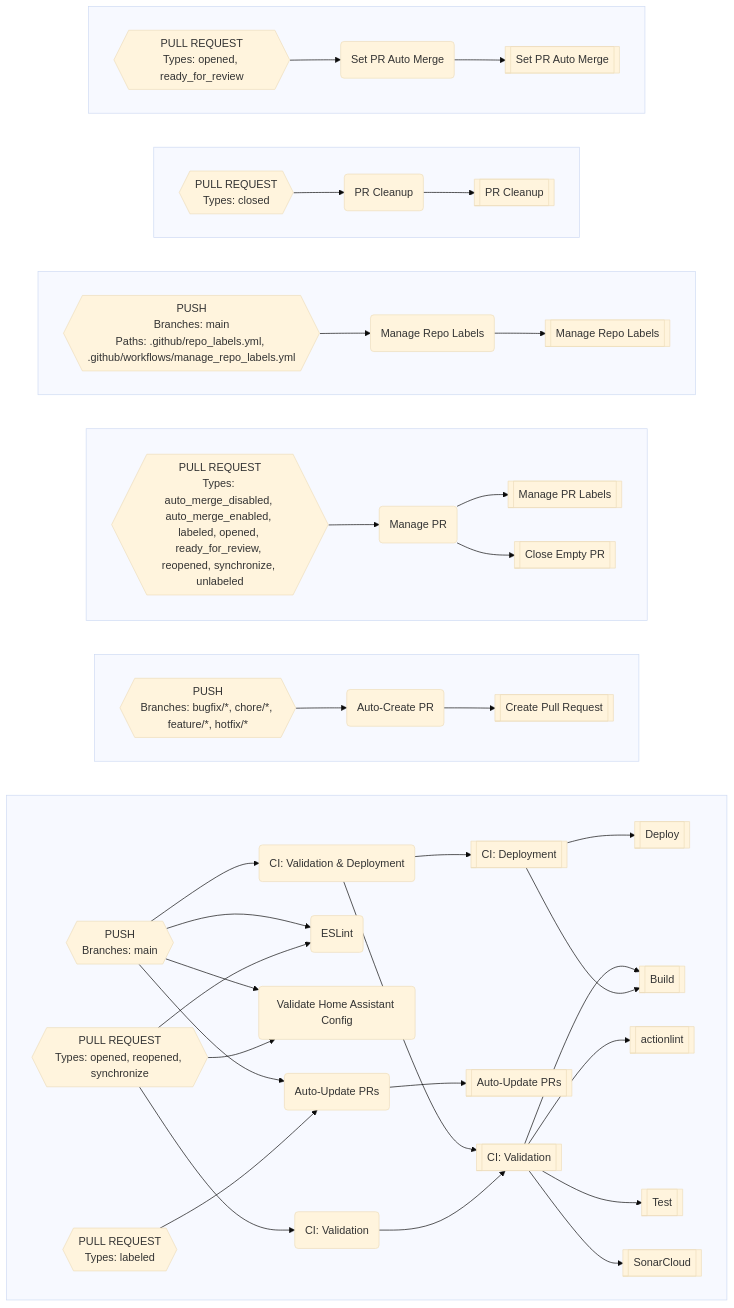
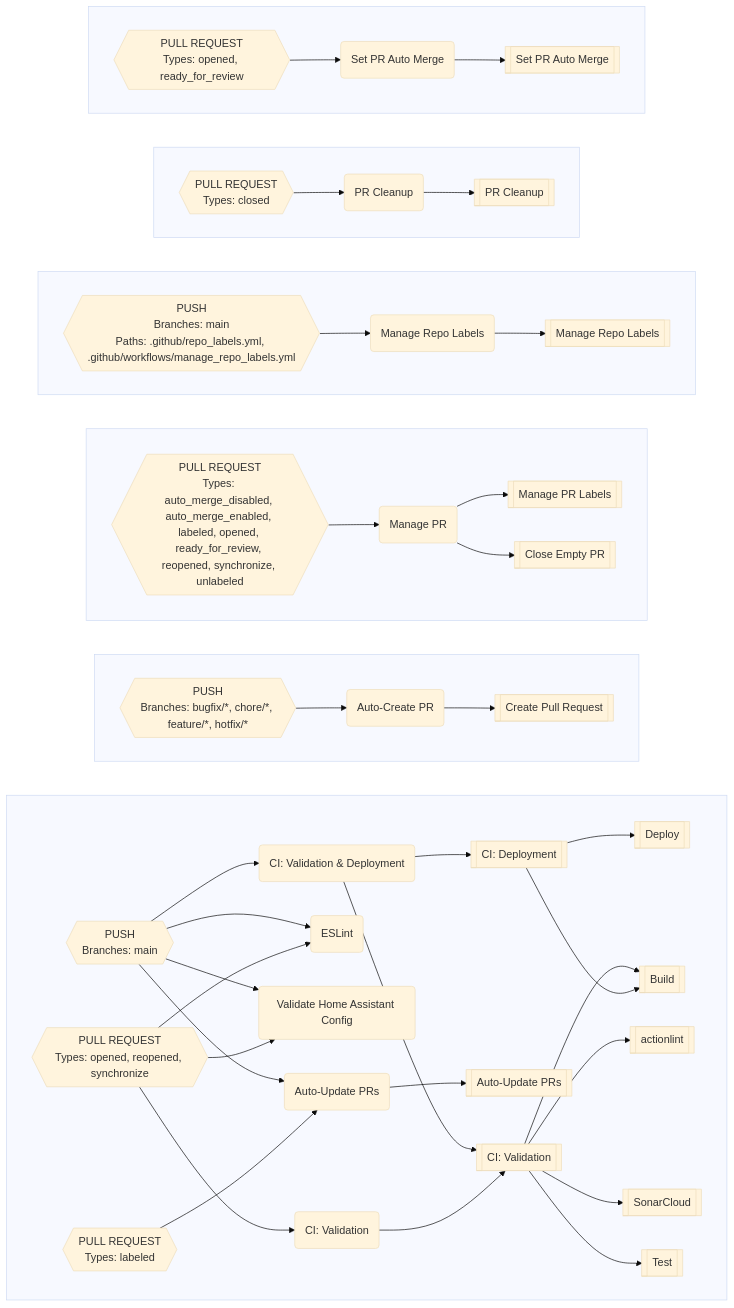
Before and after one commit to worgarside/github-config-files: the diagram in README.md, drawn with Mermaid (base theme). The commit also changed other lines of this file and 2 other files, not shown here.

```diff
--- a/README.md
+++ b/README.md
@@ -393,8 +378,8 @@
 I-->AE
 I-->E
 P-->A
+P-->BA
 P-->BD
-P-->BA
 P-->E
 end
 subgraph CV[" "]
```
